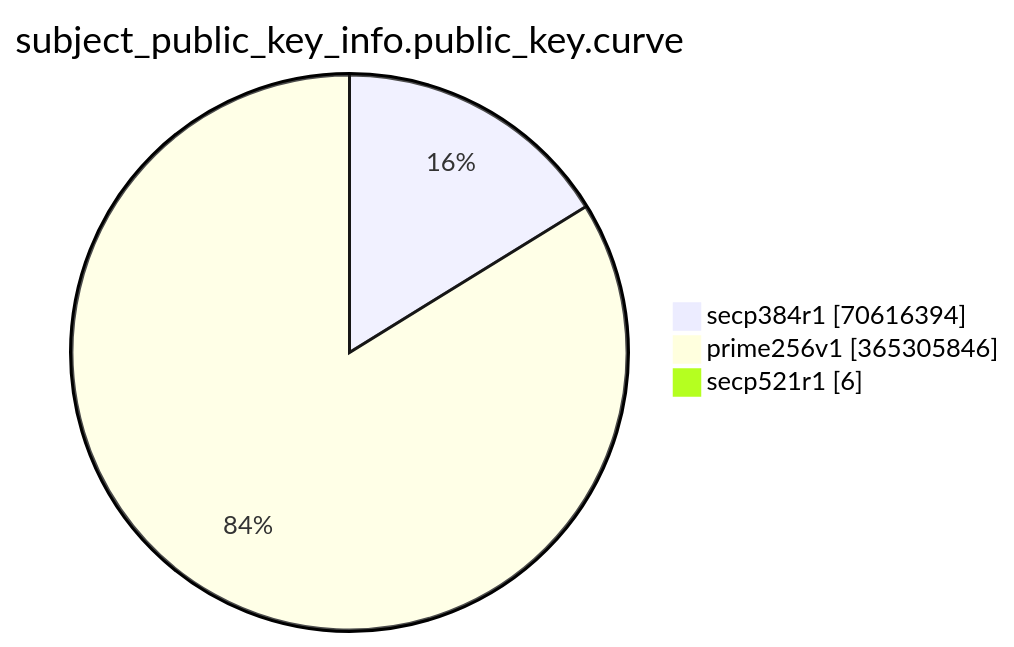
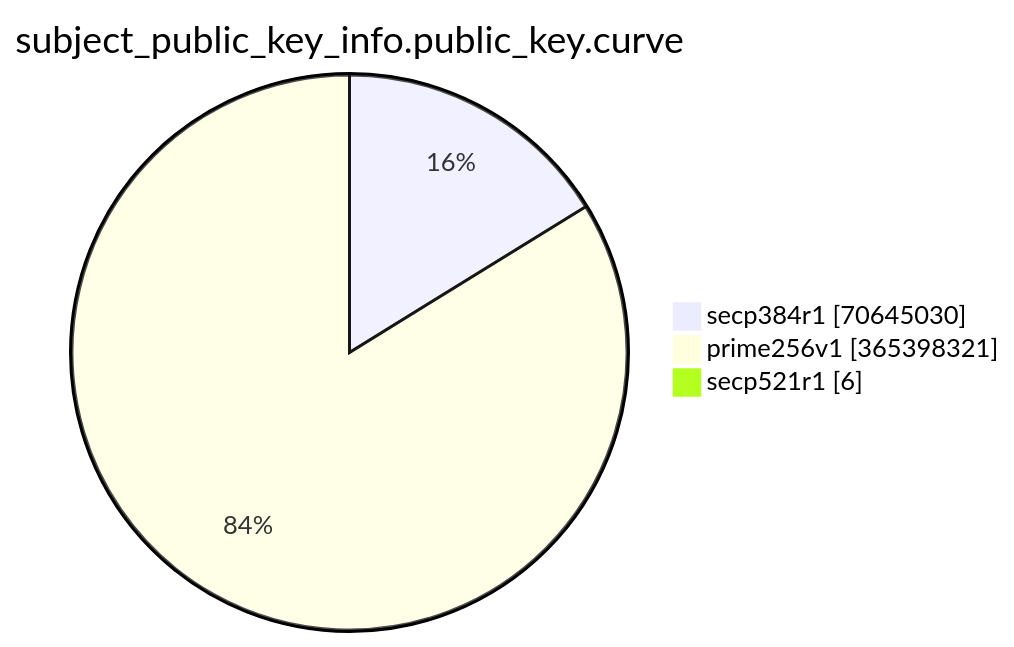
One commit to christiankrug/ctmonitor_visualization changed the eighth of 15 diagrams in TOTAL/README.md. Above: the diagram before and after it, drawn with Mermaid. The commit also changed other lines of this file, not shown here.

````diff
--- a/TOTAL/README.md
+++ b/TOTAL/README.md
@@ -3092,7 +3092,7 @@
 ```mermaid
 pie showData
 title subject_public_key_info.public_key.curve
-"secp384r1" :70616394
-"prime256v1" :365305846
+"secp384r1" :70645030
+"prime256v1" :365398321
 "secp521r1" :6
 ```
````
